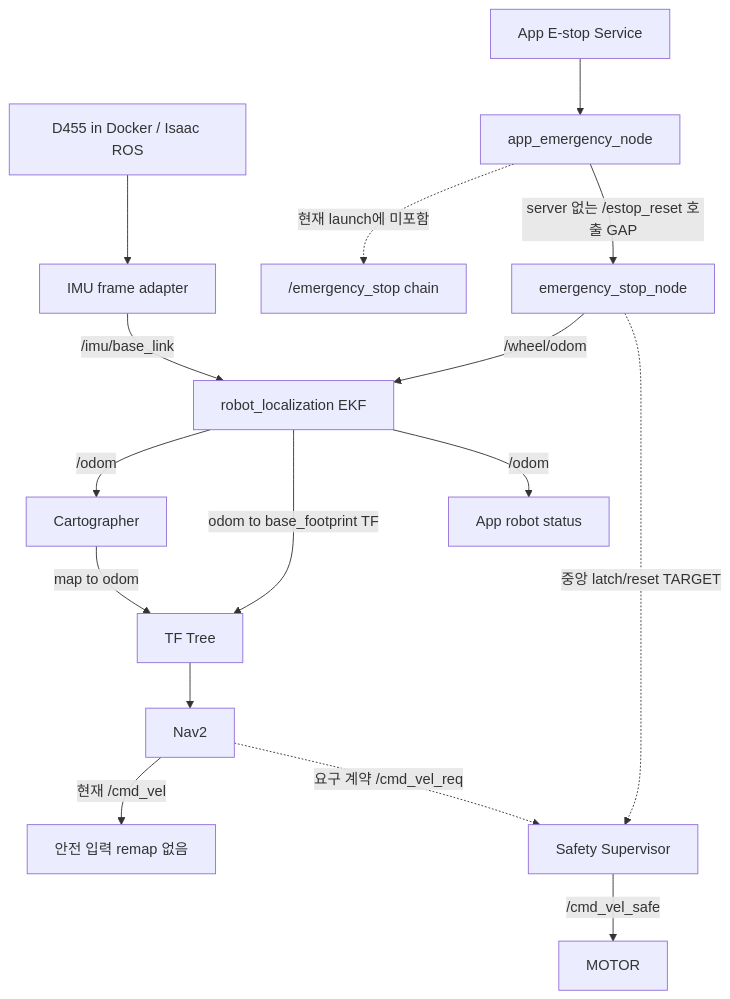
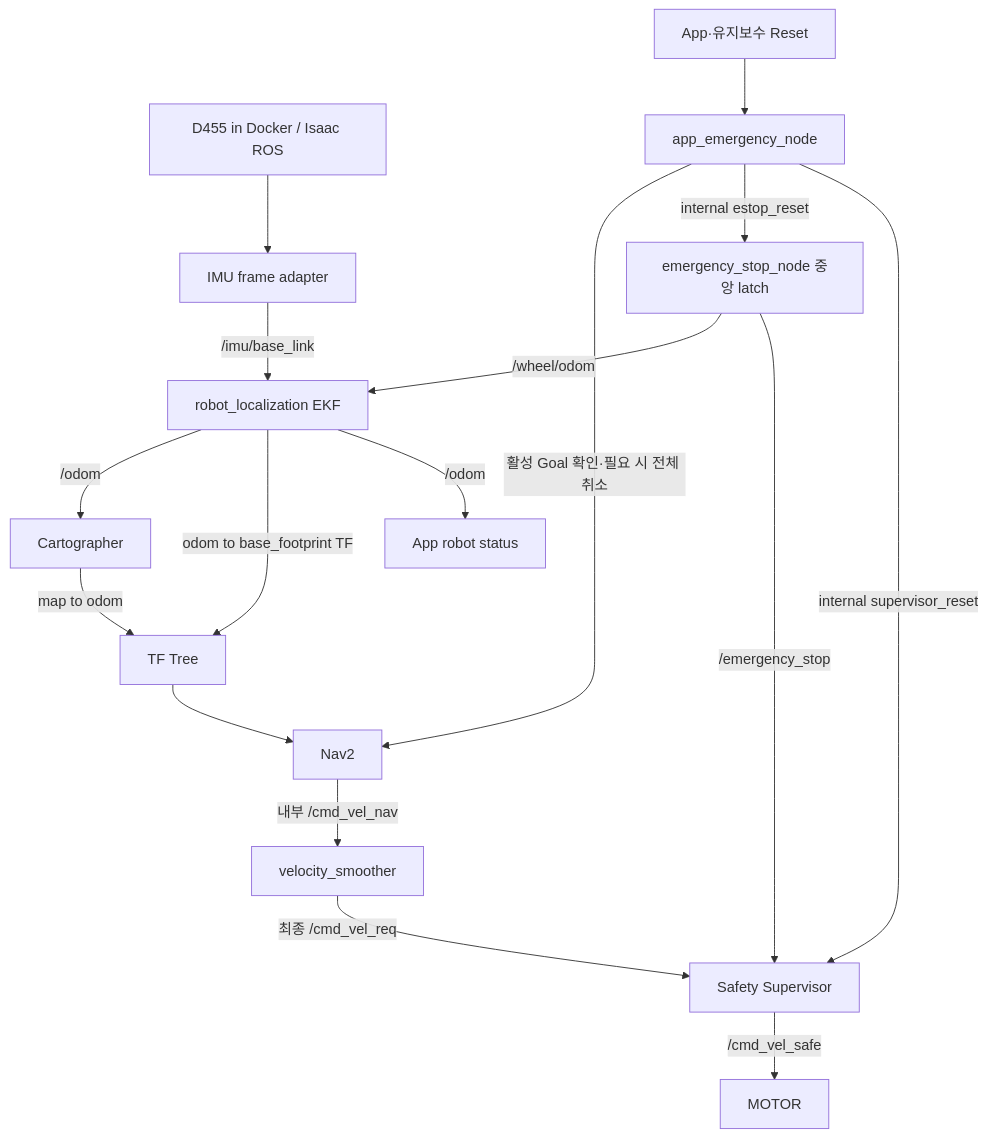
Before and after one commit to VICA-smarthandle/VICA-team-workspace: the sixth of 6 diagrams in guideline/bt와 visual hierarchy of your folders and files.md, drawn with Mermaid. The commit also changed other lines of this file and 10 other files, not shown here.

Commit message:
docs(workspace): sync safety mission and destination architecture

````diff
--- a/guideline/bt와 visual hierarchy of your folders and files.md
+++ b/guideline/bt와 visual hierarchy of your folders and files.md
@@ -399,20 +418,21 @@
 ```mermaid
 flowchart TD
     EN[encoder_feedback] -->|/wheel/odom| EKF[robot_localization EKF]
     D455[D455 in Docker / Isaac ROS] --> ADAPTER[IMU frame adapter]
     ADAPTER -->|/imu/base_link| EKF
     EKF -->|/odom| CARTO[Cartographer]
     EKF -->|odom to base_footprint TF| TF[TF Tree]
     CARTO -->|map to odom| TF[TF Tree]
     TF --> NAV[Nav2]
     EKF -->|/odom| APPSTATUS[App robot status]
 
-    NAV -->|현재 /cmd_vel| GAP[안전 입력 remap 없음]
-    NAV -. 요구 계약 /cmd_vel_req .-> SAFE[Safety Supervisor]
+    NAV -->|내부 /cmd_vel_nav| SMOOTHER[velocity_smoother]
+    SMOOTHER -->|최종 /cmd_vel_req| SAFE[Safety Supervisor]
     SAFE -->|/cmd_vel_safe| MOTOR
 
-    APP[App E-stop Service] --> APPNODE[app_emergency_node]
-    APPNODE -. 현재 launch에 미포함 .-> ESTOP["/emergency_stop chain"]
-    APPNODE -->|server 없는 /estop_reset 호출 GAP| EN[emergency_stop_node]
-    EN -. 중앙 latch/reset TARGET .-> SAFE
+    APP[App·유지보수 Reset] --> APPNODE[app_emergency_node]
+    APPNODE -->|활성 Goal 확인·필요 시 전체 취소| NAV
+    APPNODE -->|internal estop_reset| EN[emergency_stop_node 중앙 latch]
+    EN -->|/emergency_stop| SAFE
+    APPNODE -->|internal supervisor_reset| SAFE
 ```
````
